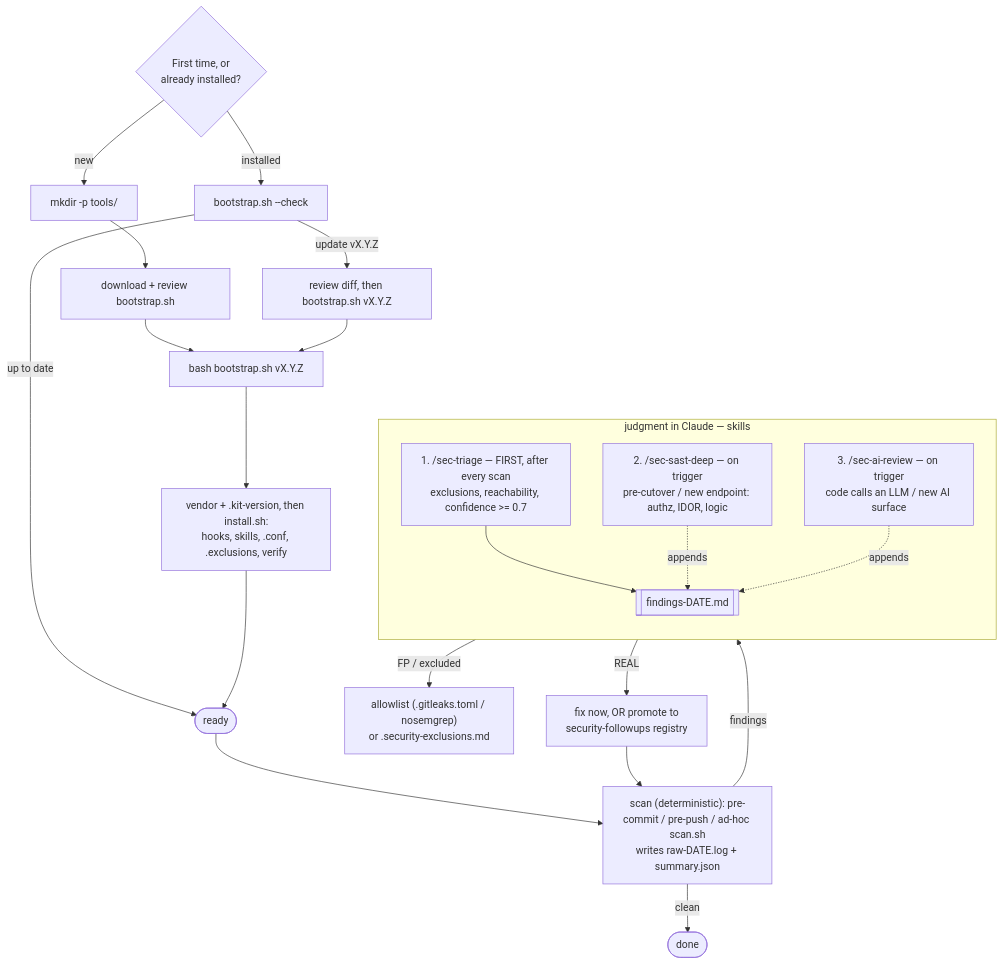
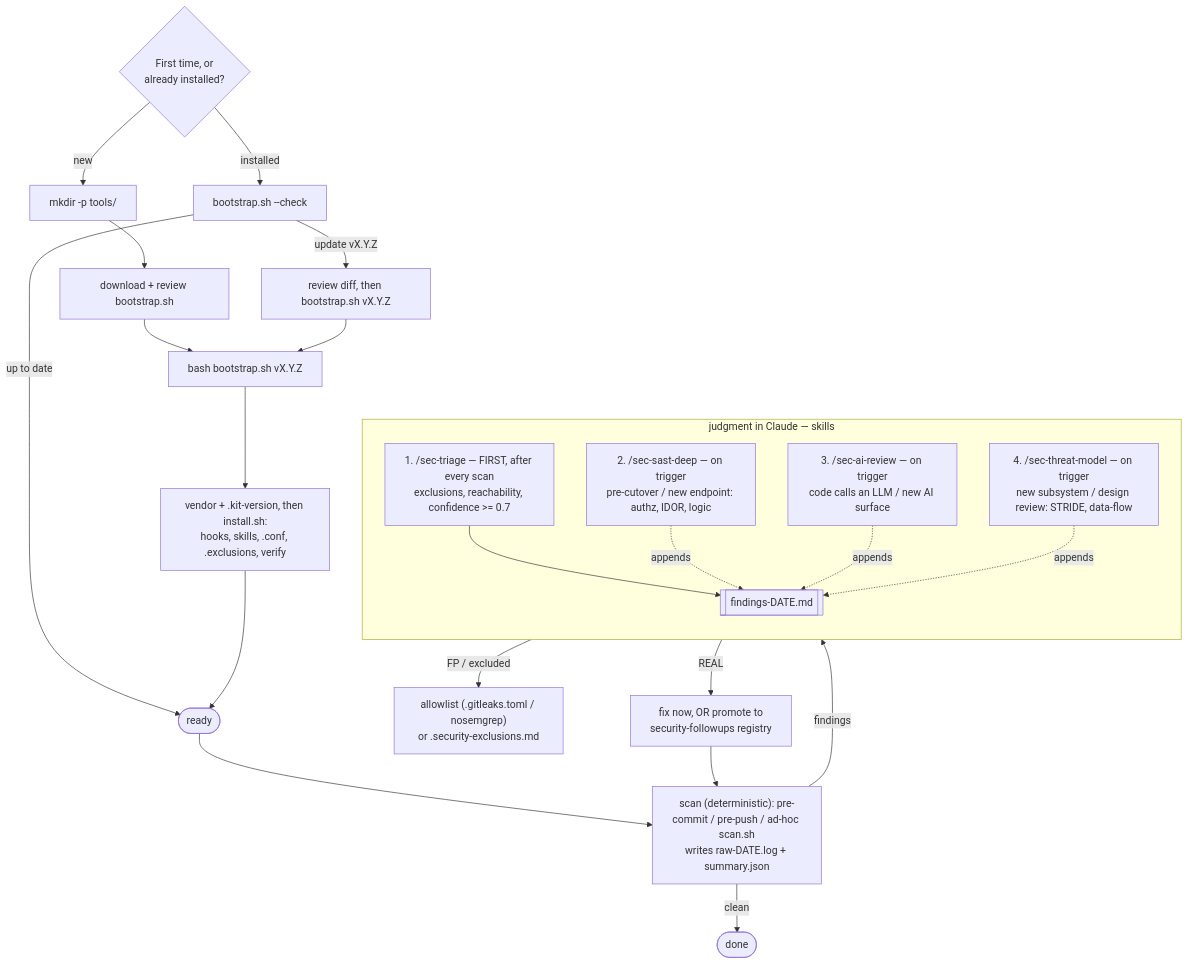
Before and after one commit to boraeresici/security-audit-kit: the diagram in README-tr.md, drawn with Mermaid. The commit also changed other lines of this file and 6 other files, not shown here.

First line of the commit message:
feat: add sec-threat-model skill (STRIDE + data-flow threat modeling)

````diff
--- a/README-tr.md
+++ b/README-tr.md
@@ -31,31 +32,33 @@
 ```mermaid
 flowchart TD
     Q{First time, or<br/>already installed?}
     Q -->|new| N1["mkdir -p tools/"]
     N1 --> N2["download + review bootstrap.sh"]
     N2 --> B["bash bootstrap.sh vX.Y.Z"]
     Q -->|installed| C["bootstrap.sh --check"]
     C -->|up to date| R
     C -->|update vX.Y.Z| RV["review diff, then bootstrap.sh vX.Y.Z"]
     RV --> B
     B --> I["vendor + .kit-version, then install.sh:<br/>hooks, skills, .conf, .exclusions, verify"]
     I --> R(["ready"])
 
     R --> S["scan (deterministic): pre-commit / pre-push / ad-hoc scan.sh<br/>writes raw-DATE.log + summary.json"]
     S -->|clean| D(["done"])
     S -->|findings| T1
 
     subgraph JUDGE["judgment in Claude — skills"]
       direction TB
       T1["1. /sec-triage — FIRST, after every scan<br/>exclusions, reachability, confidence >= 0.7"]
       DEEP["2. /sec-sast-deep — on trigger<br/>pre-cutover / new endpoint: authz, IDOR, logic"]
       AIR["3. /sec-ai-review — on trigger<br/>code calls an LLM / new AI surface"]
+      TM["4. /sec-threat-model — on trigger<br/>new subsystem / design review: STRIDE, data-flow"]
       T1 --> F[["findings-DATE.md"]]
       DEEP -. appends .-> F
       AIR -. appends .-> F
+      TM -. appends .-> F
     end
 
     F -->|FP / excluded| AL["allowlist (.gitleaks.toml / nosemgrep)<br/>or .security-exclusions.md"]
     F -->|REAL| FX["fix now, OR promote to<br/>security-followups registry"]
     FX --> S
 ```
````
